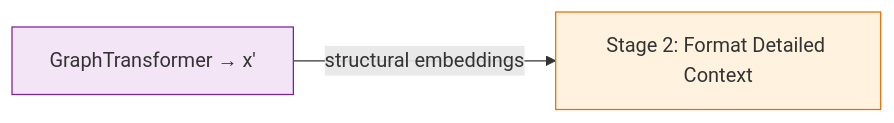
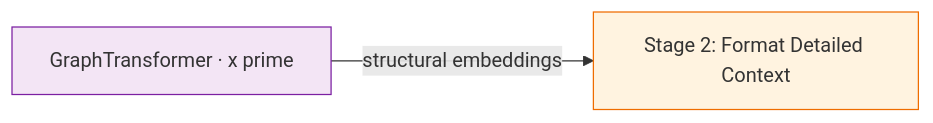
One commit to robguilarr/s-graphllm changed the fifth of 7 diagrams in docs/methodology/engine_integration.md. Above: the diagram before and after it, drawn with Mermaid. The commit also changed other lines of this file and 3 other files, not shown here.

Commit message:
Mermaid update

````diff
--- a/docs/methodology/engine_integration.md
+++ b/docs/methodology/engine_integration.md
@@ -279,7 +265,7 @@
 ```mermaid
 flowchart LR
-    GT["GraphTransformer → x'"] -- "structural embeddings" --> S2["Stage 2: Format Detailed Context"]
+    GT["GraphTransformer · x prime"] -- "structural embeddings" --> S2["Stage 2: Format Detailed Context"]
 
     style GT fill:#f3e5f5,stroke:#7b1fa2
     style S2 fill:#fff3e0,stroke:#ef6c00
 ```
````
